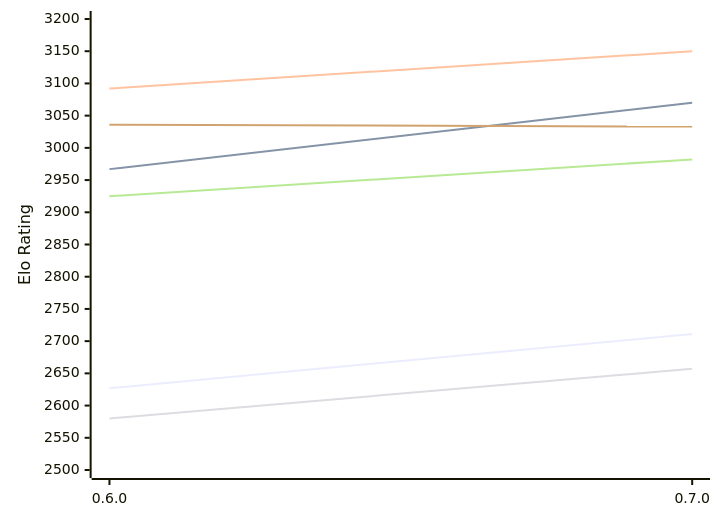
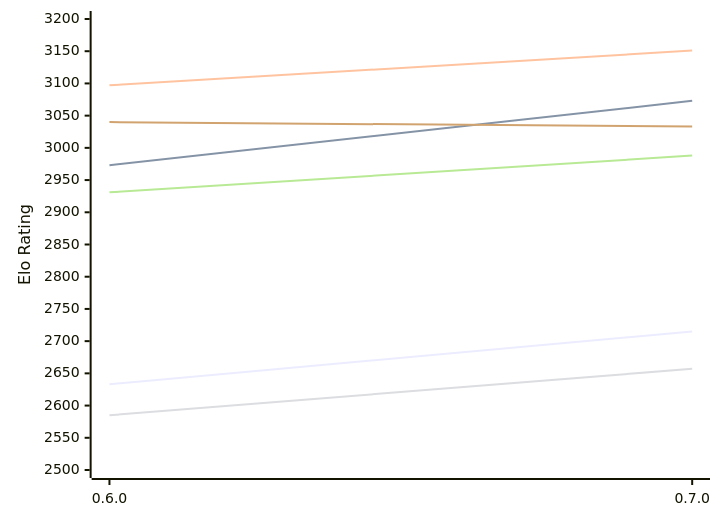
Before and after one commit to computer-chess-index/cci: the first of 2 diagrams in engines/AteNika.md, drawn with Mermaid. The commit also changed other lines of this file, not shown here.

Commit message:
Update CCI Ratings (ELO VLTC) - 2026-11-20

````diff
--- a/engines/AteNika.md
+++ b/engines/AteNika.md
@@ -52,12 +52,12 @@
 ```mermaid
 %%{init: {"theme":"base","themeVariables":{"seriesColors:['#a3a3a3','#222221','#faa371']}}}%%
 xychart-beta
   x-axis ["0.6.0", "0.7.0"]
   y-axis "Elo Rating" 2500 --> 3200
-  line "E1: STC (8.0+0.08s)" [2627, 2711]
-  line "E1: LTC (60.0+0.60s)" [2967, 3070]
-  line "E1: VLTC (2m24s+1.12s)" [3092, 3150]
-  line "P1: STC (8.0+0.08s)" [2580, 2657]
-  line "P1: LTC (60.0+0.60s)" [2925, 2982]
-  line "P1: VLTC (2m24s+1.12s)" [3036, 3033]
+  line "E1: STC (8.0+0.08s)" [2633, 2715]
+  line "E1: LTC (60.0+0.60s)" [2973, 3073]
+  line "E1: VLTC (2m24s+1.12s)" [3097, 3151]
+  line "P1: STC (8.0+0.08s)" [2585, 2657]
+  line "P1: LTC (60.0+0.60s)" [2931, 2988]
+  line "P1: VLTC (2m24s+1.12s)" [3040, 3033]
 ```
````
